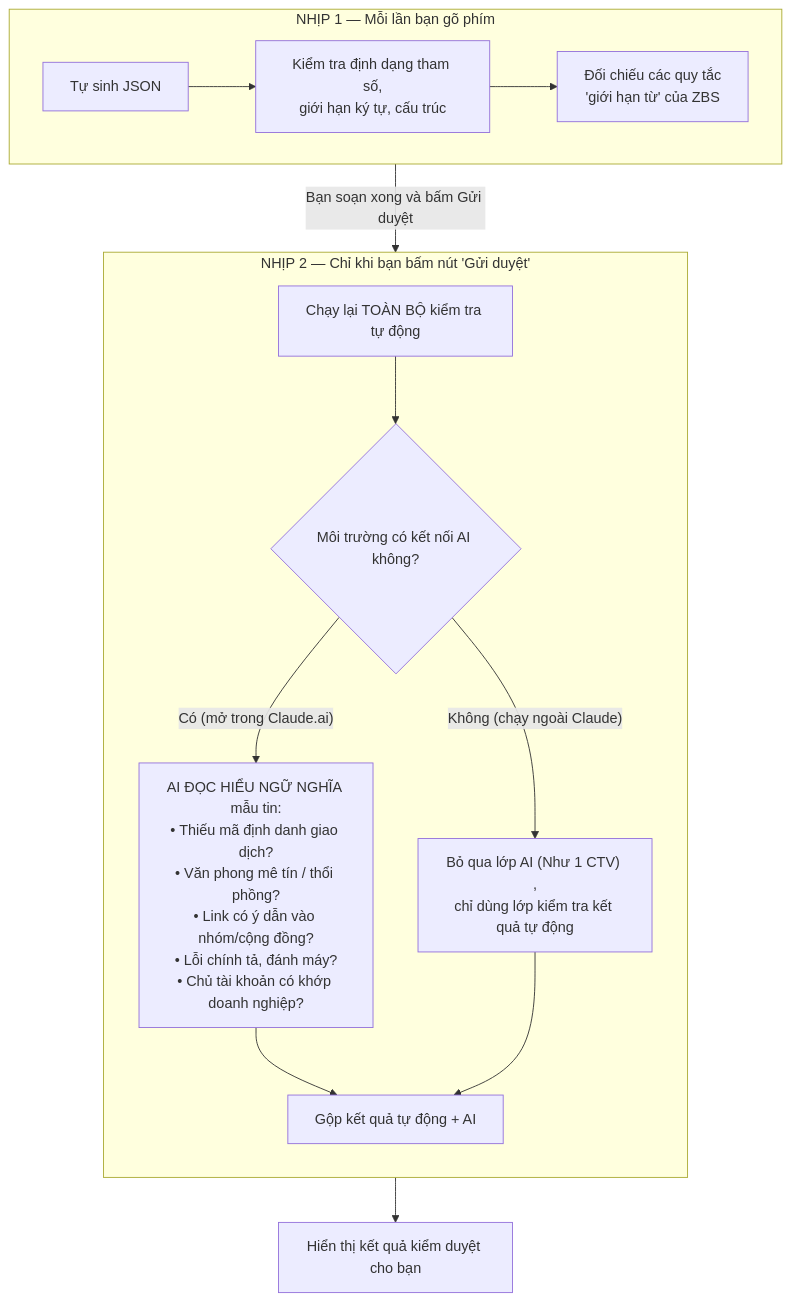
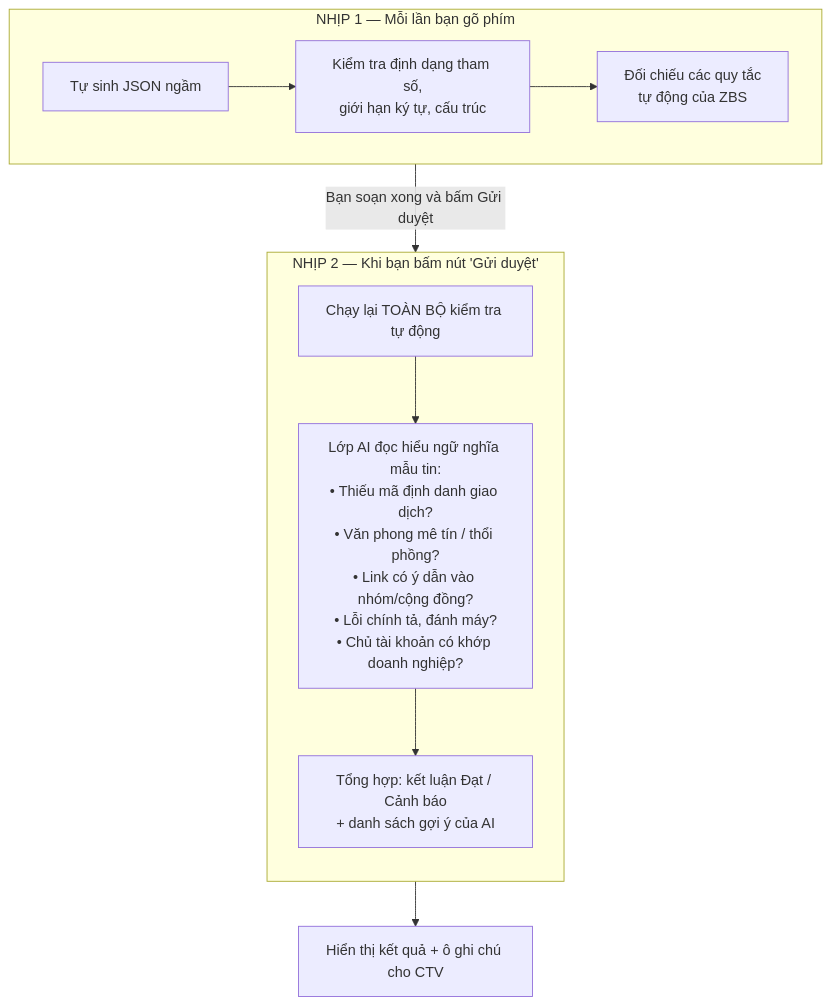
One commit to hwinhwork-dot/zbs-studio changed the second of 3 diagrams in README.md. Above: the diagram before and after it, drawn with Mermaid. The commit also changed other lines of this file, not shown here.

````diff
--- a/README.md
+++ b/README.md
@@ -80,20 +80,17 @@
 ```mermaid
 flowchart TD
     subgraph NHIP1[" NHỊP 1 — Mỗi lần bạn gõ phím "]
         direction LR
-        R1["Tự sinh JSON"] --> R2["Kiểm tra định dạng tham số,<br/>giới hạn ký tự, cấu trúc"]
-        R2 --> R3["Đối chiếu các quy tắc<br/>'giới hạn từ' của ZBS"]
+        R1["Tự sinh JSON ngầm"] --> R2["Kiểm tra định dạng tham số,<br/>giới hạn ký tự, cấu trúc"]
+        R2 --> R3["Đối chiếu các quy tắc<br/>tự động của ZBS"]
     end
 
-    subgraph NHIP2[" NHỊP 2 — Chỉ khi bạn bấm nút 'Gửi duyệt'"]
+    subgraph NHIP2[" NHỊP 2 — Khi bạn bấm nút 'Gửi duyệt'"]
         direction TB
-        S1["Chạy lại TOÀN BỘ kiểm tra tự động"] --> S2{"Môi trường có kết nối AI không?"}
-        S2 -->|"Có (mở trong Claude.ai)"| S3[" AI ĐỌC HIỂU NGỮ NGHĨA mẫu tin:<br/>• Thiếu mã định danh giao dịch?<br/>• Văn phong mê tín / thổi phồng?<br/>• Link có ý dẫn vào nhóm/cộng đồng?<br/>• Lỗi chính tả, đánh máy?<br/>• Chủ tài khoản có khớp doanh nghiệp?"]
-        S2 -->|"Không (chạy ngoài Claude)"| S4["Bỏ qua lớp AI (Như 1 CTV) ,<br/>chỉ dùng lớp kiểm tra kết quả tự động"]
-        S3 --> S5["Gộp kết quả tự động + AI"]
-        S4 --> S5
+        S1["Chạy lại TOÀN BỘ kiểm tra tự động"] --> S3[" Lớp AI đọc hiểu ngữ nghĩa mẫu tin:<br/>• Thiếu mã định danh giao dịch?<br/>• Văn phong mê tín / thổi phồng?<br/>• Link có ý dẫn vào nhóm/cộng đồng?<br/>• Lỗi chính tả, đánh máy?<br/>• Chủ tài khoản có khớp doanh nghiệp?"]
+        S3 --> S5["Tổng hợp: kết luận Đạt / Cảnh báo<br/>+ danh sách gợi ý của AI"]
     end
 
     NHIP1 -->|"Bạn soạn xong và bấm Gửi duyệt"| NHIP2
-    S5 --> OUT[" Hiển thị kết quả kiểm duyệt cho bạn"]
+    S5 --> OUT[" Hiển thị kết quả + ô ghi chú cho CTV"]
 ```
````
